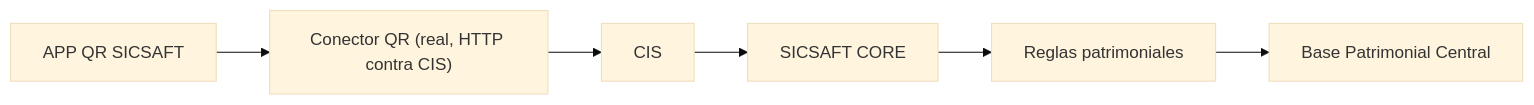
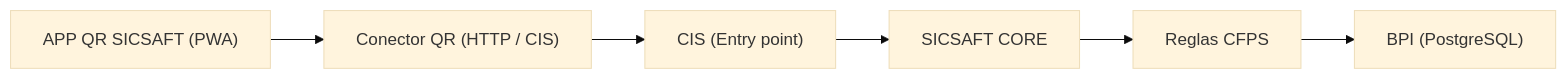
One commit to jhonabruzzi278/SICSAFT changed the diagram in app-qr-sicsaft/HANDOFF-APP-QR-SICSAFT.md. Above: the diagram before and after it, drawn with Mermaid (base theme). The commit also changed other lines of this file and 153 other files, not shown here.

````diff
--- a/app-qr-sicsaft/HANDOFF-APP-QR-SICSAFT.md
+++ b/app-qr-sicsaft/HANDOFF-APP-QR-SICSAFT.md
@@ -19,8 +11,8 @@
 ```mermaid
 flowchart LR
-    App["APP QR SICSAFT"] --> Connector["Conector QR (real, HTTP contra CIS)"]
-    Connector --> CIS["CIS"]
+    App["APP QR SICSAFT (PWA)"] --> Connector["Conector QR (HTTP / CIS)"]
+    Connector --> CIS["CIS (Entry point)"]
     CIS --> Core["SICSAFT CORE"]
-    Core --> Rules["Reglas patrimoniales"]
-    Rules --> Database["Base Patrimonial Central"]
+    Core --> Rules["Reglas CFPS"]
+    Rules --> Database["BPI (PostgreSQL)"]
 ```
````
